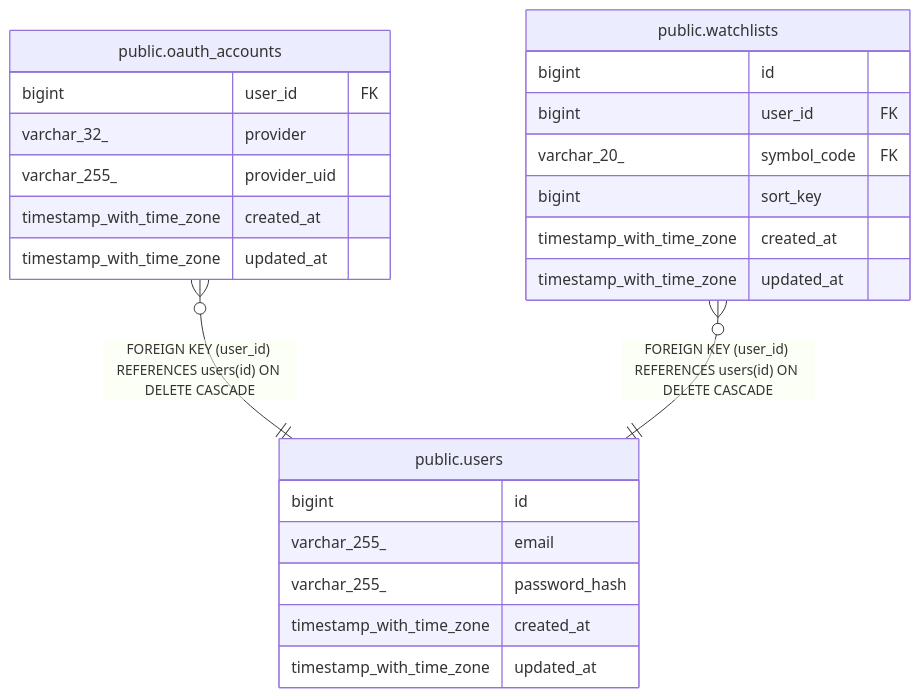
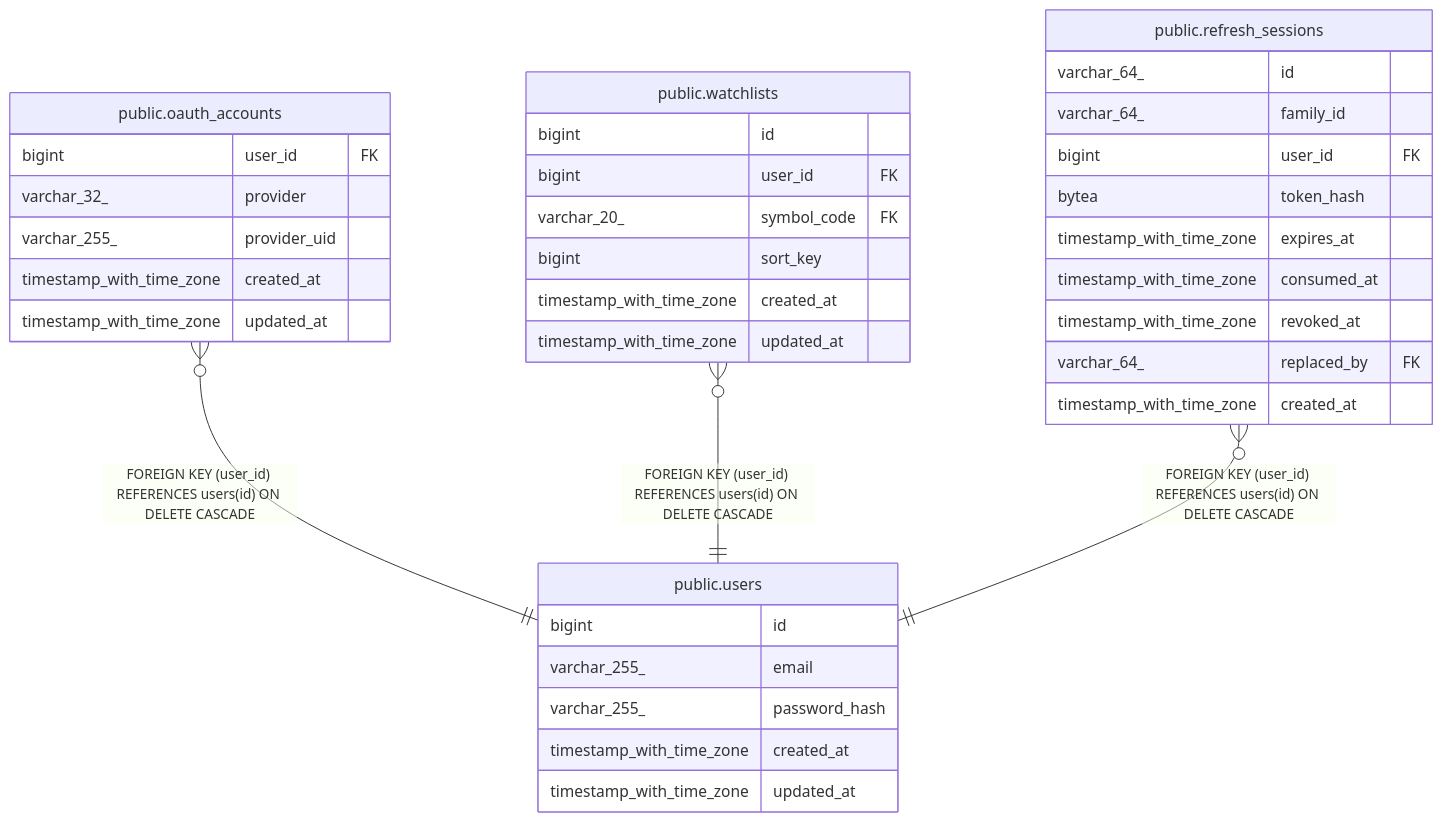
One commit to UCHIDAnobuhiro/stock-backend changed the diagram in docs/schema/public.users.md. Above: the diagram before and after it, drawn with Mermaid. The commit also changed other lines of this file and 47 other files, not shown here.

````diff
--- a/docs/schema/public.users.md
+++ b/docs/schema/public.users.md
@@ -32,29 +32,41 @@
 ```mermaid
 erDiagram
 
 "public.oauth_accounts" }o--|| "public.users" : "FOREIGN KEY (user_id) REFERENCES users(id) ON DELETE CASCADE"
 "public.watchlists" }o--|| "public.users" : "FOREIGN KEY (user_id) REFERENCES users(id) ON DELETE CASCADE"
+"public.refresh_sessions" }o--|| "public.users" : "FOREIGN KEY (user_id) REFERENCES users(id) ON DELETE CASCADE"
 
 "public.users" {
   bigint id ""
   varchar_255_ email ""
   varchar_255_ password_hash ""
   timestamp_with_time_zone created_at ""
   timestamp_with_time_zone updated_at ""
 }
 "public.oauth_accounts" {
   bigint user_id FK ""
   varchar_32_ provider ""
   varchar_255_ provider_uid ""
   timestamp_with_time_zone created_at ""
   timestamp_with_time_zone updated_at ""
 }
 "public.watchlists" {
   bigint id ""
   bigint user_id FK ""
   varchar_20_ symbol_code FK ""
   bigint sort_key ""
   timestamp_with_time_zone created_at ""
   timestamp_with_time_zone updated_at ""
 }
+"public.refresh_sessions" {
+  varchar_64_ id ""
+  varchar_64_ family_id ""
+  bigint user_id FK ""
+  bytea token_hash ""
+  timestamp_with_time_zone expires_at ""
+  timestamp_with_time_zone consumed_at ""
+  timestamp_with_time_zone revoked_at ""
+  varchar_64_ replaced_by FK ""
+  timestamp_with_time_zone created_at ""
+}
 ```
````
